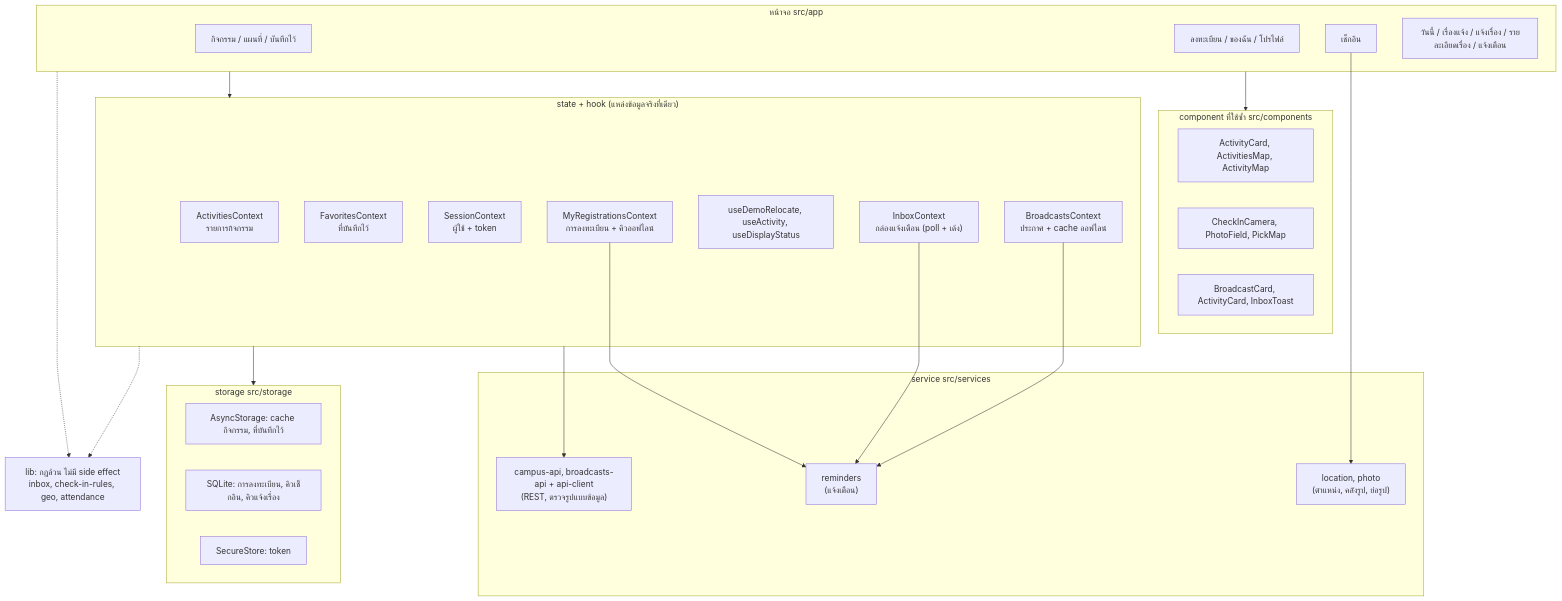
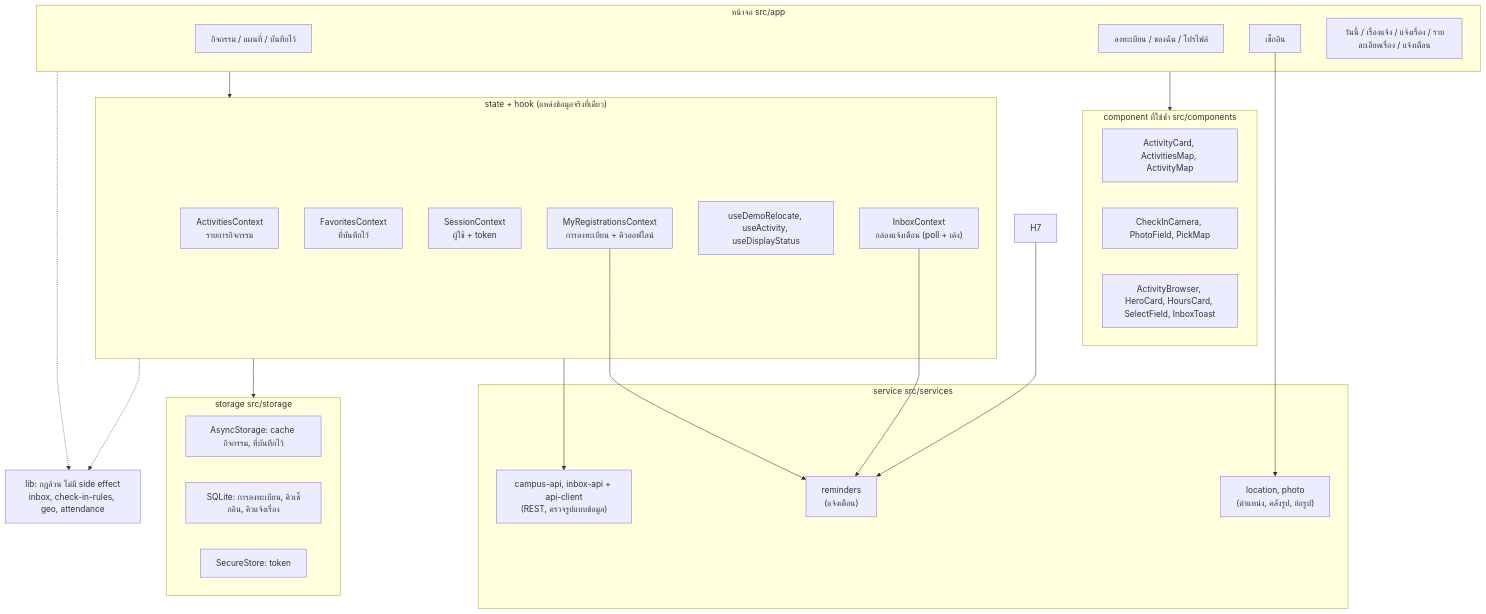
Before and after one commit to phop01/Hybrid_Mobile_Assignment: the diagram in docs/QUALITY.md, drawn with Mermaid. The commit also changed other lines of this file and 69 other files, not shown here.

````diff
--- a/docs/QUALITY.md
+++ b/docs/QUALITY.md
@@ -10,45 +10,44 @@
 ```mermaid
 flowchart TB
   subgraph UI["หน้าจอ src/app"]
     S1["กิจกรรม / แผนที่ / บันทึกไว้"]
     S2["ลงทะเบียน / ของฉัน / โปรไฟล์"]
     S3["เช็กอิน"]
     S4["วันนี้ / เรื่องแจ้ง / แจ้งเรื่อง / รายละเอียดเรื่อง / แจ้งเตือน"]
   end
   subgraph C["component ที่ใช้ซ้ำ src/components"]
     C1["ActivityCard, ActivitiesMap, ActivityMap"]
     C2["CheckInCamera, PhotoField, PickMap"]
-    C3["BroadcastCard, ActivityCard, InboxToast"]
+    C3["ActivityBrowser, HeroCard, HoursCard, SelectField, InboxToast"]
   end
   subgraph H["state + hook (แหล่งข้อมูลจริงที่เดียว)"]
     H1["ActivitiesContext<br>รายการกิจกรรม"]
     H2["FavoritesContext<br>ที่บันทึกไว้"]
     H3["SessionContext<br>ผู้ใช้ + token"]
     H4["MyRegistrationsContext<br>การลงทะเบียน + คิวออฟไลน์"]
     H5["useDemoRelocate, useActivity, useDisplayStatus"]
     H6["InboxContext<br>กล่องแจ้งเตือน (poll + เด้ง)"]
-    H7["BroadcastsContext<br>ประกาศ + cache ออฟไลน์"]
   end
   subgraph SV["service src/services"]
-    V1["campus-api, broadcasts-api + api-client<br>(REST, ตรวจรูปแบบข้อมูล)"]
+    V1["campus-api, inbox-api + api-client<br>(REST, ตรวจรูปแบบข้อมูล)"]
     V2["location, photo<br>(ตำแหน่ง, คลังรูป, ย่อรูป)"]
     V3["reminders<br>(แจ้งเตือน)"]
   end
   subgraph ST["storage src/storage"]
     T1["AsyncStorage: cache กิจกรรม, ที่บันทึกไว้"]
     T2["SQLite: การลงทะเบียน, คิวเช็กอิน, คิวแจ้งเรื่อง"]
     T3["SecureStore: token"]
   end
   L["lib: กฎล้วน ไม่มี side effect<br>inbox, check-in-rules, geo, attendance"]
 
   UI --> C
   UI --> H
   S3 --> V2
   H --> V1
   H --> ST
   H4 --> V3
   H6 --> V3
   H7 --> V3
   UI -.-> L
   H -.-> L
 ```
````
